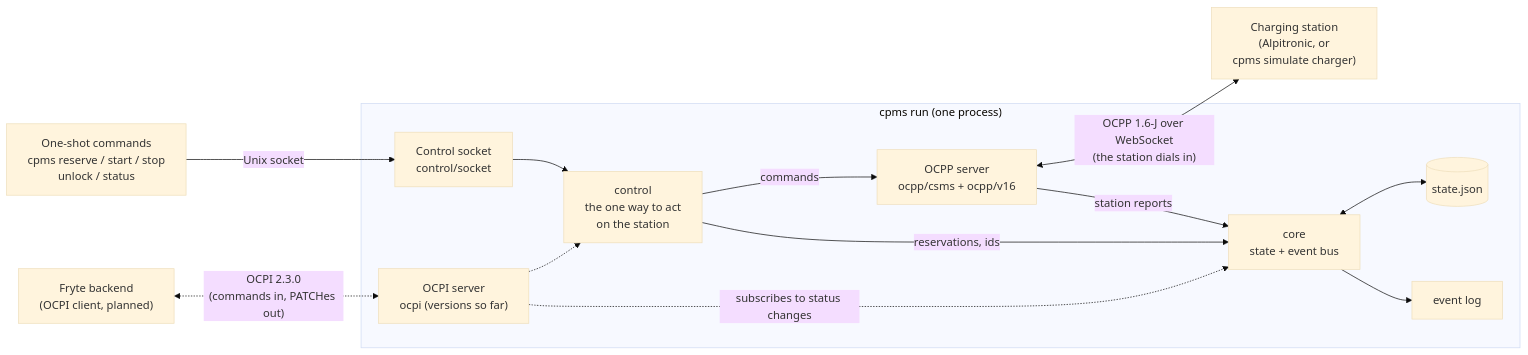
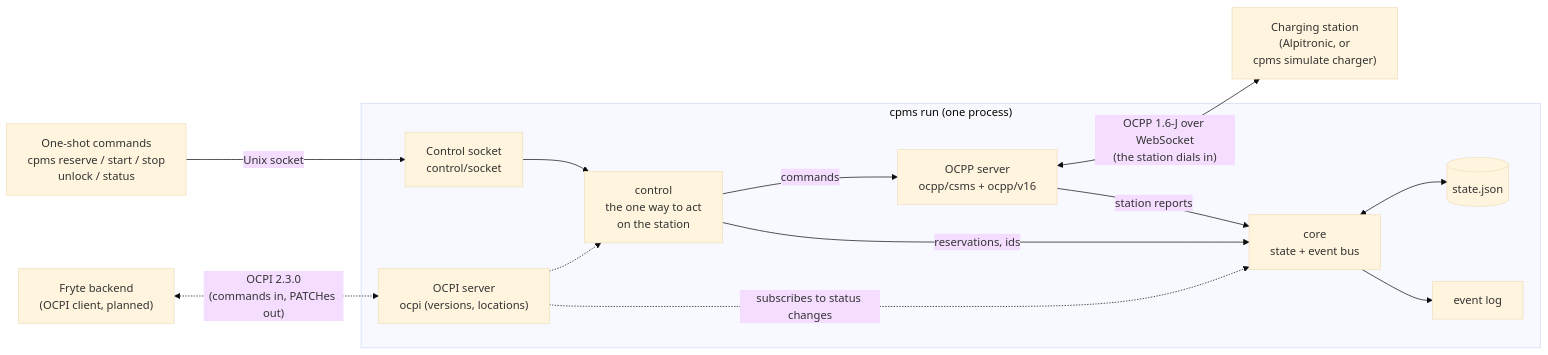
One commit to wolffseb/headless-csms changed the first of 7 diagrams in README.md. Above: the diagram before and after it, drawn with Mermaid (base theme). The commit also changed other lines of this file and 35 other files, not shown here.

First line of the commit message:
Add the OCPI Locations module, sender side (roadmap 6) (#40)

````diff
--- a/README.md
+++ b/README.md
@@ -415,28 +456,28 @@
 ```mermaid
 flowchart LR
     cli["One-shot commands<br/>cpms reserve / start / stop<br/>unlock / status"]
     fryte["Fryte backend<br/>(OCPI client, planned)"]
     station["Charging station<br/>(Alpitronic, or<br/>cpms simulate charger)"]
 
     subgraph run ["cpms run (one process)"]
         sock["Control socket<br/>control/socket"]
-        ocpi["OCPI server<br/>ocpi (versions so far)"]
+        ocpi["OCPI server<br/>ocpi (versions, locations)"]
         ctrl["control<br/>the one way to act<br/>on the station"]
         csms["OCPP server<br/>ocpp/csms + ocpp/v16"]
         core["core<br/>state + event bus"]
         store[("state.json")]
         log["event log"]
     end
 
     cli -- "Unix socket" --> sock
     fryte <-. "OCPI 2.3.0<br/>(commands in, PATCHes out)" .-> ocpi
     sock --> ctrl
     ocpi -.-> ctrl
     ctrl -- "commands" --> csms
     csms <-- "OCPP 1.6-J over WebSocket<br/>(the station dials in)" --> station
     ctrl -- "reservations, ids" --> core
     csms -- "station reports" --> core
     ocpi -. "subscribes to status changes" .-> core
     core <--> store
     core --> log
 ```
````
